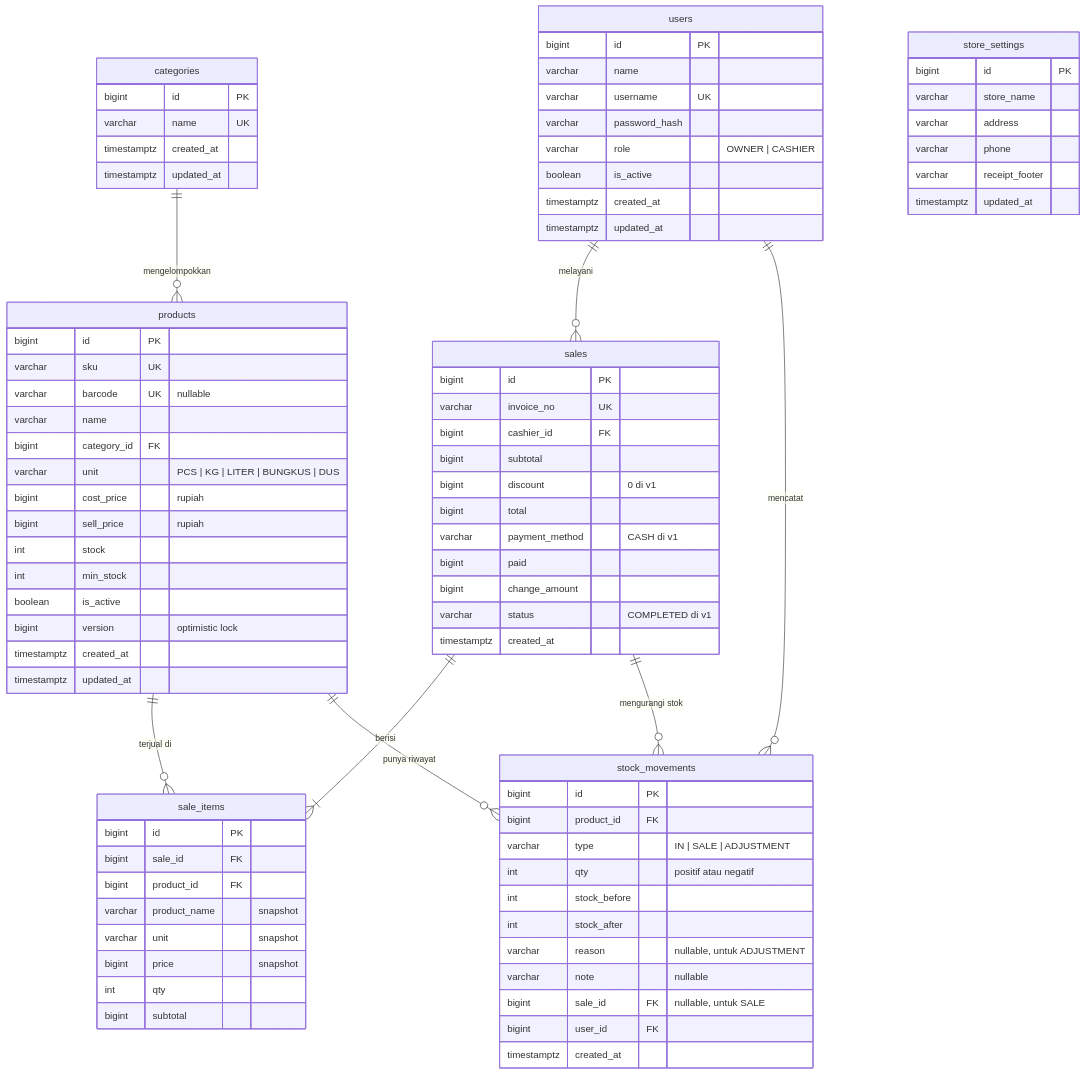
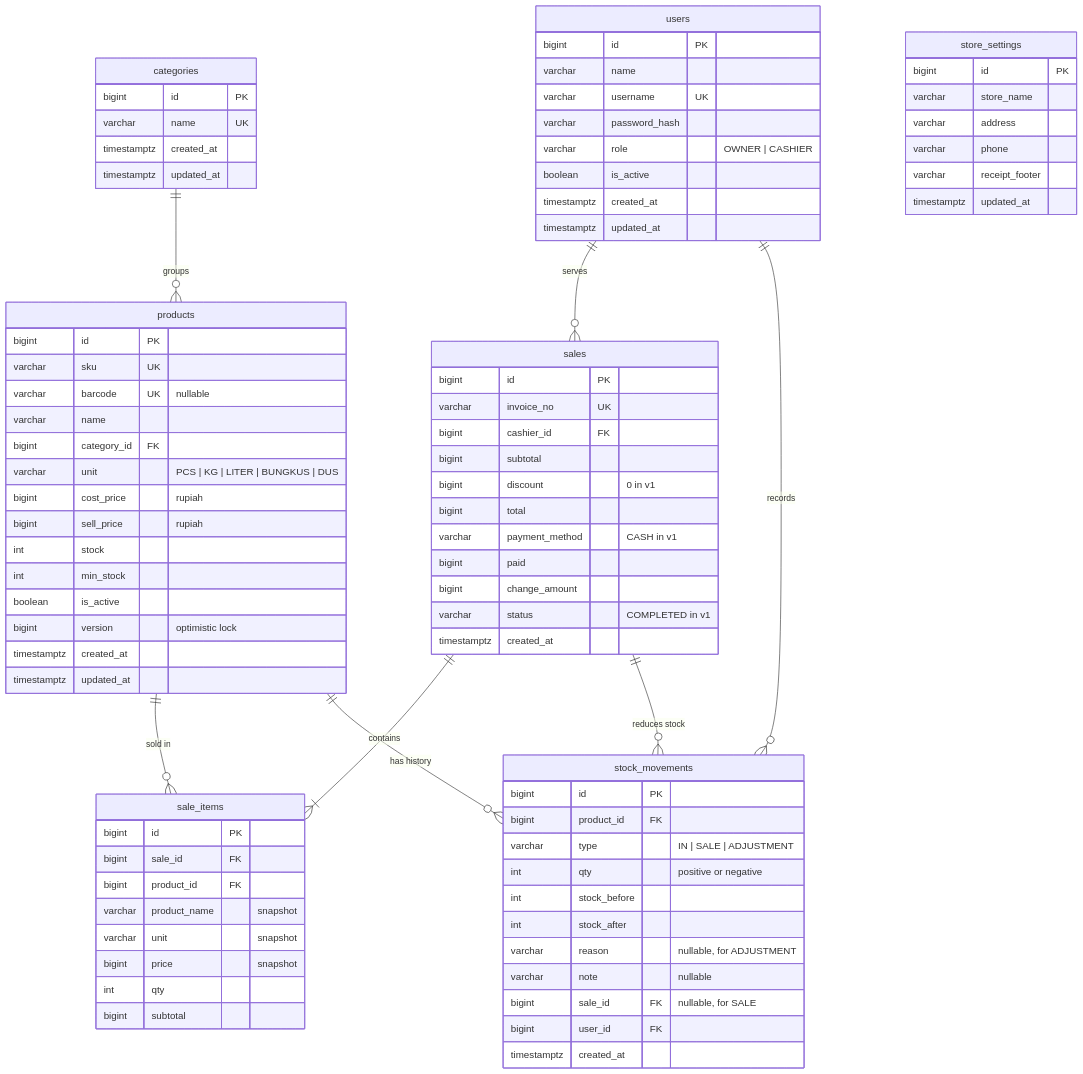
Before and after one commit to yoedi/epos-api: the diagram in docs/PRD-ePOS-Toko-Kelontong.md, drawn with Mermaid. The commit also changed other lines of this file and 6 other files, not shown here.

````diff
--- a/docs/PRD-ePOS-Toko-Kelontong.md
+++ b/docs/PRD-ePOS-Toko-Kelontong.md
@@ -368,12 +373,12 @@
 ```mermaid
 erDiagram
-    users ||--o{ sales : "melayani"
-    users ||--o{ stock_movements : "mencatat"
-    categories ||--o{ products : "mengelompokkan"
-    products ||--o{ sale_items : "terjual di"
-    products ||--o{ stock_movements : "punya riwayat"
-    sales ||--|{ sale_items : "berisi"
-    sales ||--o{ stock_movements : "mengurangi stok"
+    users ||--o{ sales : "serves"
+    users ||--o{ stock_movements : "records"
+    categories ||--o{ products : "groups"
+    products ||--o{ sale_items : "sold in"
+    products ||--o{ stock_movements : "has history"
+    sales ||--|{ sale_items : "contains"
+    sales ||--o{ stock_movements : "reduces stock"
 
     users {
         bigint id PK
@@ -414,12 +419,12 @@
         bigint id PK
         bigint product_id FK
         varchar type "IN | SALE | ADJUSTMENT"
-        int qty "positif atau negatif"
+        int qty "positive or negative"
         int stock_before
         int stock_after
-        varchar reason "nullable, untuk ADJUSTMENT"
+        varchar reason "nullable, for ADJUSTMENT"
         varchar note "nullable"
-        bigint sale_id FK "nullable, untuk SALE"
+        bigint sale_id FK "nullable, for SALE"
         bigint user_id FK
         timestamptz created_at
     }
@@ -429,12 +434,12 @@
         varchar invoice_no UK
         bigint cashier_id FK
         bigint subtotal
-        bigint discount "0 di v1"
+        bigint discount "0 in v1"
         bigint total
-        varchar payment_method "CASH di v1"
+        varchar payment_method "CASH in v1"
         bigint paid
         bigint change_amount
-        varchar status "COMPLETED di v1"
+        varchar status "COMPLETED in v1"
         timestamptz created_at
     }
 
````
